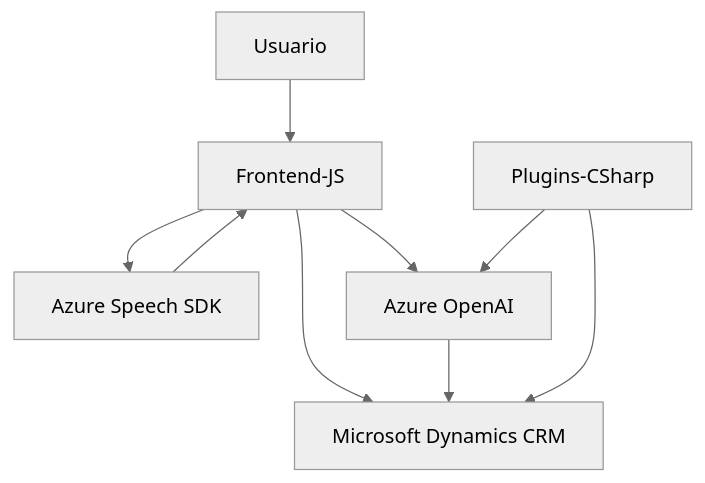
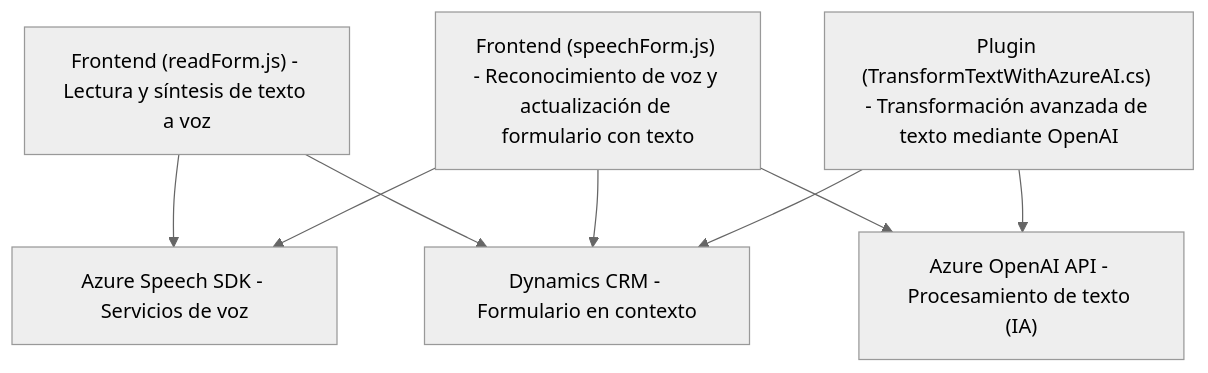
Before and after one commit to blopezdm/NETCORE_BILBAO2025: the diagram in README.md, drawn with Mermaid (neutral theme). The commit also changed other lines of this file, not shown here.

Commit message:
Actualizar análisis global de la solución con IA

````diff
--- a/README.md
+++ b/README.md
@@ -30,18 +52,17 @@
 ```mermaid
 graph TD
-A["Usuario"]
-B["Frontend-JS"]
-C["Plugins-CSharp"]
-D["Azure Speech SDK"]
-E["Azure OpenAI"]
-F["Microsoft Dynamics CRM"]
+  A["Frontend (readForm.js) - Lectura y síntesis de texto a voz"]
+  B["Frontend (speechForm.js) - Reconocimiento de voz y actualización de formulario con texto"]
+  C["Plugin (TransformTextWithAzureAI.cs) - Transformación avanzada de texto mediante OpenAI"]
+  D["Azure Speech SDK - Servicios de voz"]
+  E["Azure OpenAI API - Procesamiento de texto (IA)"]
+  F["Dynamics CRM - Formulario en contexto"]
 
-A --> B
-B --> D
-D --> B
-B --> F
-B --> E
-E --> F
-C --> E
-C --> F
+  A --> D
+  B --> D
+  B --> E
+  C --> E
+  A --> F
+  B --> F
+  C --> F
 ```
````
